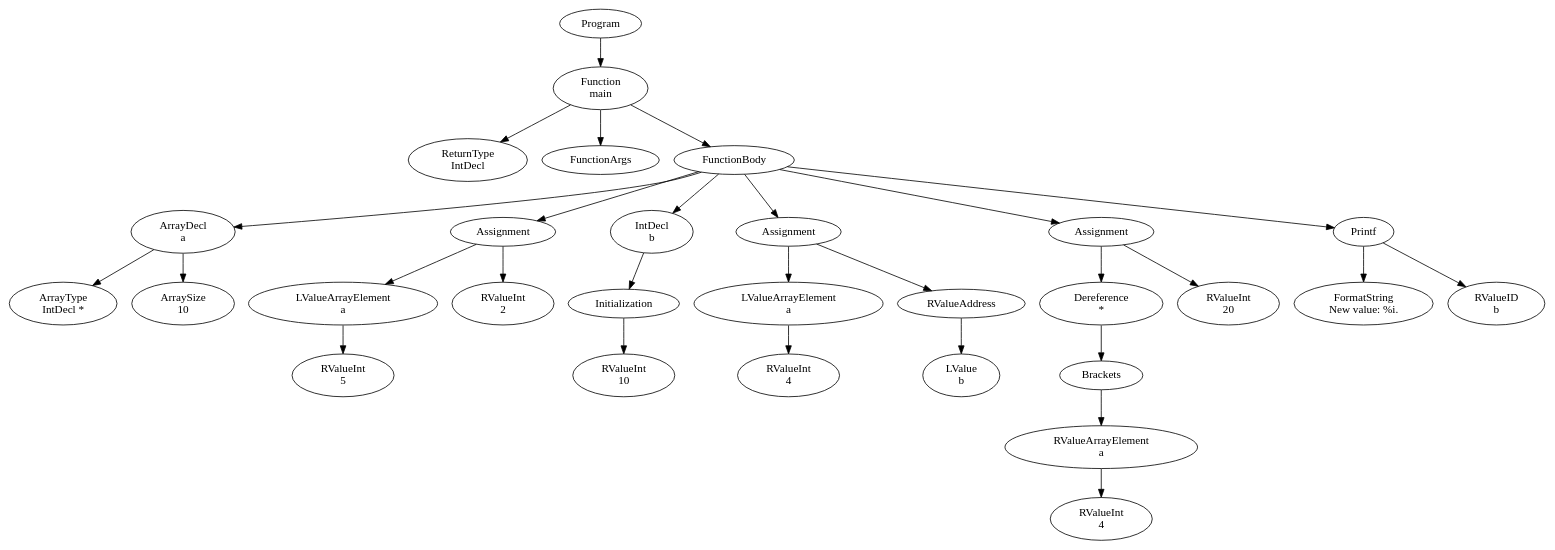
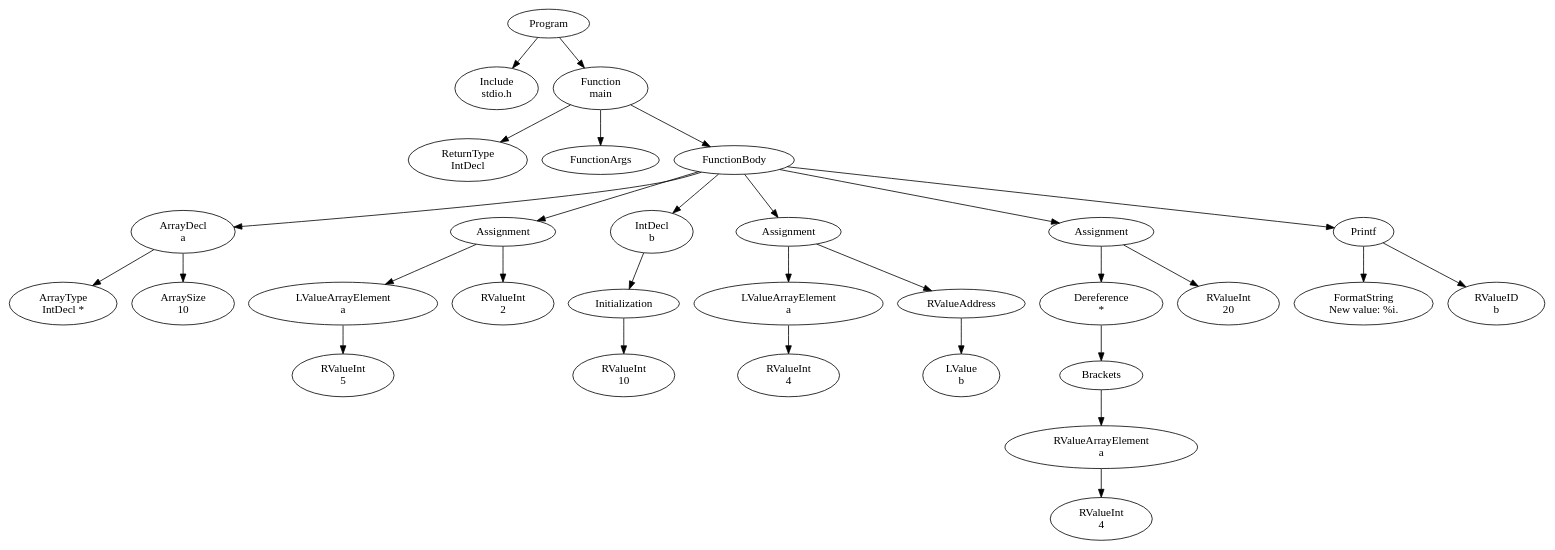
Before and after one commit to FedericoQuin/Compilers: the diagram in official/res/solutions/advanced_pointers3.dot, drawn with Graphviz. The commit also changed 5 other files, not shown here.

```diff
--- a/official/res/solutions/advanced_pointers3.dot
+++ b/official/res/solutions/advanced_pointers3.dot
@@ -1,59 +1,61 @@
 digraph AST {
-1 [label="Program"];
-2 [label="Function \nmain"];
-3 [label="ReturnType \nIntDecl"];
-4 [label="FunctionArgs"];
-5 [label="FunctionBody"];
-6 [label="ArrayDecl \na"];
-7 [label="ArrayType \nIntDecl *"];
-8 [label="ArraySize \n10"];
-6 -> 7;
-6 -> 8;
-9 [label="Assignment"];
-10 [label="LValueArrayElement \na"];
-11 [label="RValueInt \n5"];
-10 -> 11;
-12 [label="RValueInt \n2"];
-9 -> 10;
-9 -> 12;
-13 [label="IntDecl \nb"];
-14 [label="Initialization"];
-15 [label="RValueInt \n10"];
-14 -> 15;
-13 -> 14;
-16 [label="Assignment"];
-17 [label="LValueArrayElement \na"];
-18 [label="RValueInt \n4"];
-17 -> 18;
-19 [label="RValueAddress"];
-20 [label="LValue \nb"];
+2 [label="Program"];
+3 [label="Include \nstdio.h"];
+4 [label="Function \nmain"];
+5 [label="ReturnType \nIntDecl"];
+6 [label="FunctionArgs"];
+7 [label="FunctionBody"];
+8 [label="ArrayDecl \na"];
+9 [label="ArrayType \nIntDecl *"];
+10 [label="ArraySize \n10"];
+8 -> 9;
+8 -> 10;
+11 [label="Assignment"];
+12 [label="LValueArrayElement \na"];
+13 [label="RValueInt \n5"];
+12 -> 13;
+14 [label="RValueInt \n2"];
+11 -> 12;
+11 -> 14;
+15 [label="IntDecl \nb"];
+16 [label="Initialization"];
+17 [label="RValueInt \n10"];
+16 -> 17;
+15 -> 16;
+18 [label="Assignment"];
+19 [label="LValueArrayElement \na"];
+20 [label="RValueInt \n4"];
 19 -> 20;
-16 -> 17;
-16 -> 19;
-21 [label="Assignment"];
-22 [label="Dereference \n*"];
-23 [label="Brackets"];
-24 [label="RValueArrayElement \na"];
-25 [label="RValueInt \n4"];
+21 [label="RValueAddress"];
+22 [label="LValue \nb"];
+21 -> 22;
+18 -> 19;
+18 -> 21;
+23 [label="Assignment"];
+24 [label="Dereference \n*"];
+25 [label="Brackets"];
+26 [label="RValueArrayElement \na"];
+27 [label="RValueInt \n4"];
+26 -> 27;
+25 -> 26;
 24 -> 25;
+28 [label="RValueInt \n20"];
 23 -> 24;
-22 -> 23;
-26 [label="RValueInt \n20"];
-21 -> 22;
-21 -> 26;
-27 [label="Printf"];
-28 [label="FormatString \nNew value: %i.\n"];
-29 [label="RValueID \nb"];
-27 -> 28;
-27 -> 29;
-5 -> 6;
-5 -> 9;
-5 -> 13;
-5 -> 16;
-5 -> 21;
-5 -> 27;
+23 -> 28;
+29 [label="Printf"];
+30 [label="FormatString \nNew value: %i.\n"];
+31 [label="RValueID \nb"];
+29 -> 30;
+29 -> 31;
+7 -> 8;
+7 -> 11;
+7 -> 15;
+7 -> 18;
+7 -> 23;
+7 -> 29;
+4 -> 5;
+4 -> 6;
+4 -> 7;
 2 -> 3;
 2 -> 4;
-2 -> 5;
-1 -> 2;
 }
```
